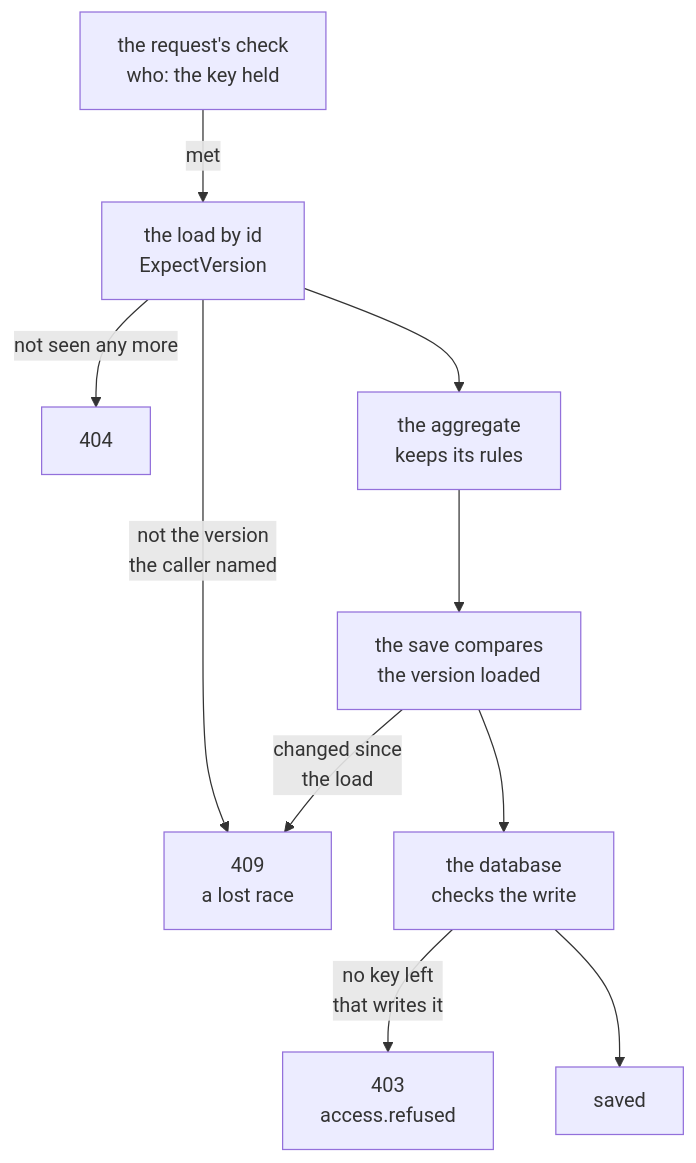
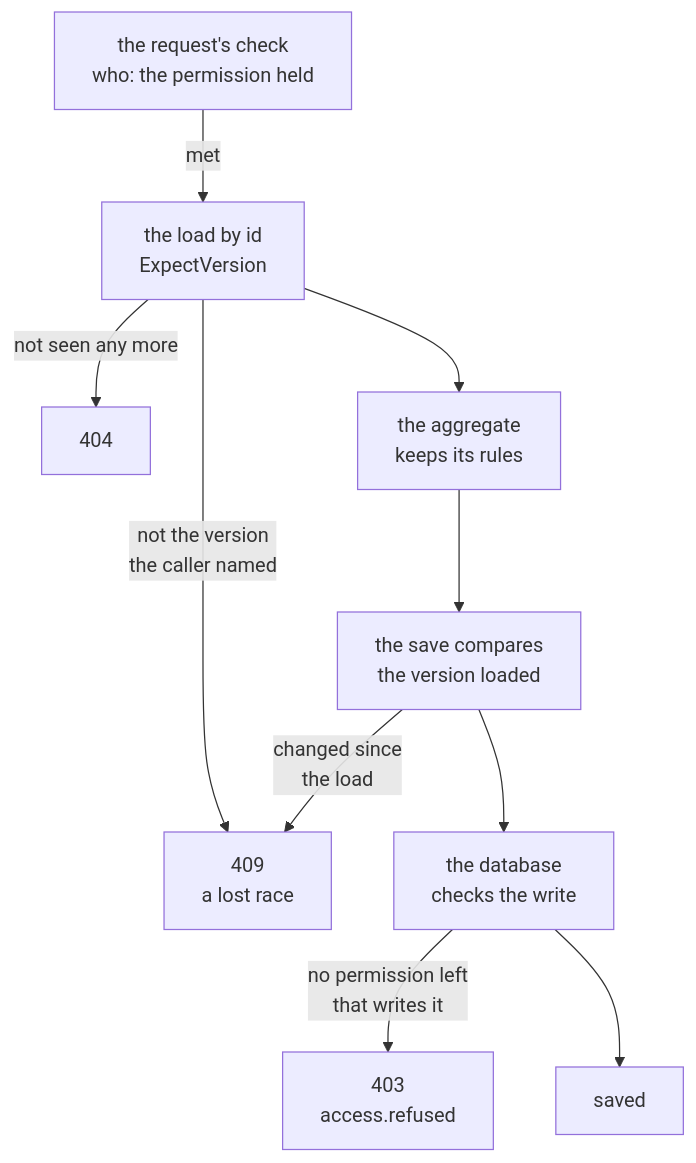
One commit to DylanSnel/DDDToolkit changed the second of 6 diagrams in docs/membership.md. Above: the diagram before and after it, drawn with Mermaid. The commit also changed other lines of this file and 752 other files, not shown here.

````diff
--- a/docs/membership.md
+++ b/docs/membership.md
@@ -463,12 +463,12 @@
 ```mermaid
 flowchart TB
-    Check["the request's check<br/>who: the key held"] -- "met" --> Load["the load by id<br/>ExpectVersion"]
+    Check["the request's check<br/>who: the permission held"] -- "met" --> Load["the load by id<br/>ExpectVersion"]
     Load -- "not the version<br/>the caller named" --> Lost["409<br/>a lost race"]
     Load -- "not seen any more" --> NotFound["404"]
     Load --> Change["the aggregate<br/>keeps its rules"]
     Change --> Save["the save compares<br/>the version loaded"]
     Save -- "changed since<br/>the load" --> Lost
     Save --> Database["the database<br/>checks the write"]
-    Database -- "no key left<br/>that writes it" --> Refused["403<br/>access.refused"]
+    Database -- "no permission left<br/>that writes it" --> Refused["403<br/>access.refused"]
     Database --> Saved["saved"]
 ```
````
